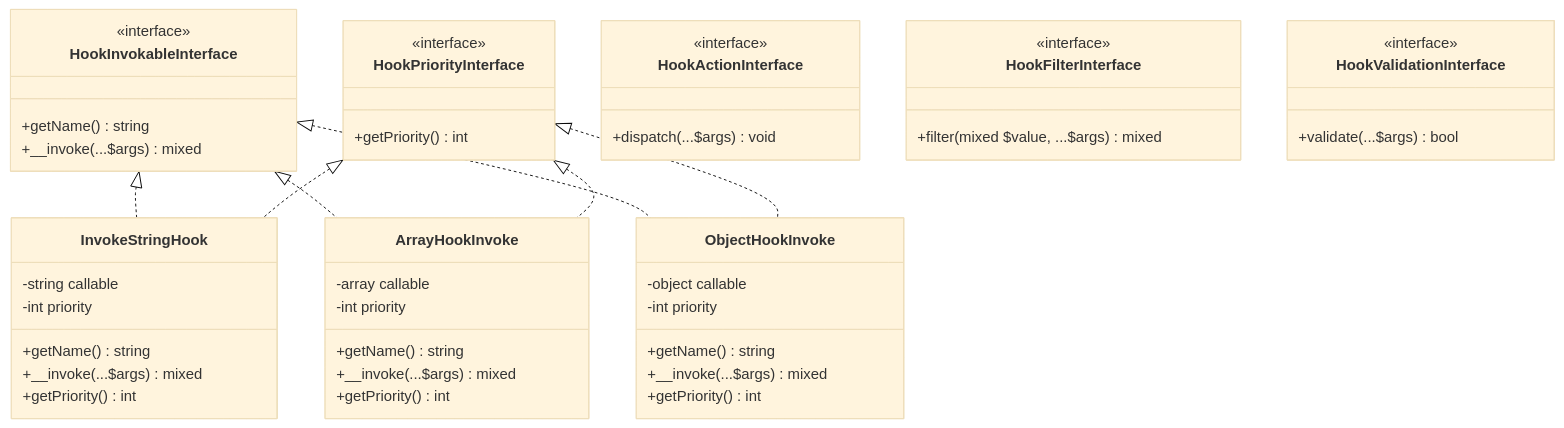
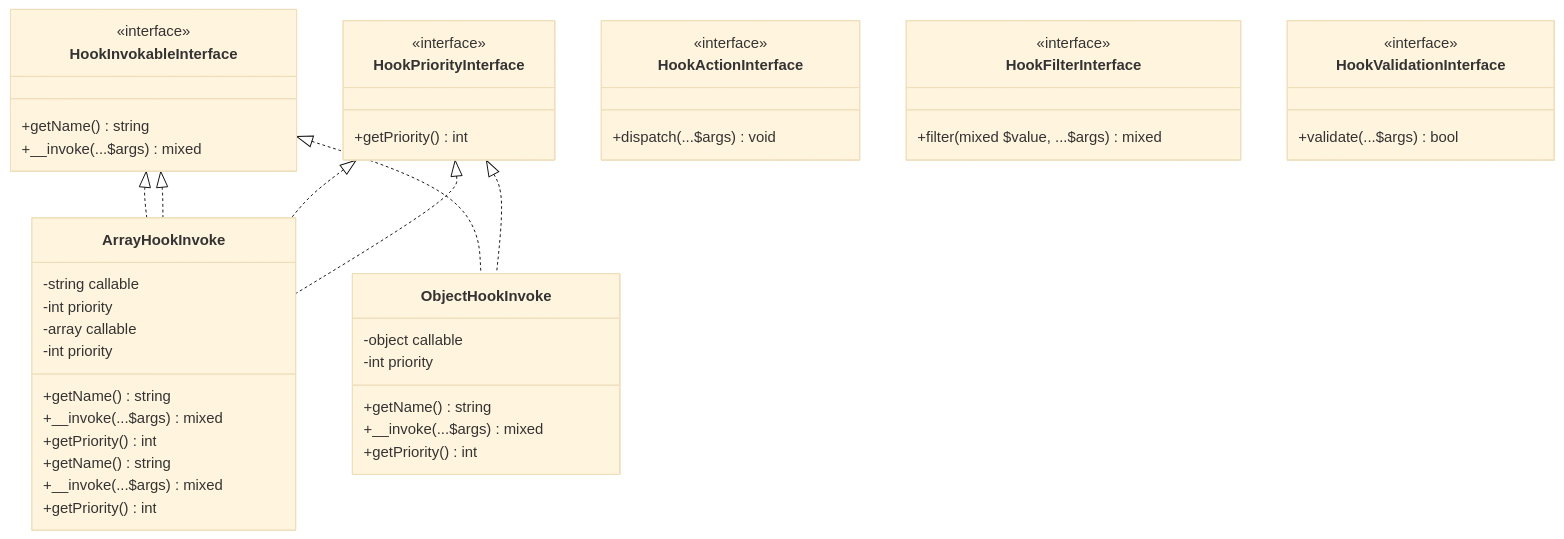
The second of 7 diagrams in docs/architecture.md (SpeedySpec/speedyspec-wp-hook-domain), drawn with Mermaid (base theme) before and after one commit. The commit also changed other lines of this file and 4 other files, not shown here.

````diff
--- a/docs/architecture.md
+++ b/docs/architecture.md
@@ -108,59 +108,59 @@
 ```mermaid
 classDiagram
     class HookInvokableInterface {
         <<interface>>
         +getName() string
         +__invoke(...$args) mixed
     }
 
     class HookPriorityInterface {
         <<interface>>
         +getPriority() int
     }
 
     class HookActionInterface {
         <<interface>>
         +dispatch(...$args) void
     }
 
     class HookFilterInterface {
         <<interface>>
         +filter(mixed $value, ...$args) mixed
     }
 
     class HookValidationInterface {
         <<interface>>
         +validate(...$args) bool
     }
 
-    class InvokeStringHook {
+    class ArrayHookInvoke {
         -string callable
         -int priority
         +getName() string
         +__invoke(...$args) mixed
         +getPriority() int
     }
 
     class ArrayHookInvoke {
         -array callable
         -int priority
         +getName() string
         +__invoke(...$args) mixed
         +getPriority() int
     }
 
     class ObjectHookInvoke {
         -object callable
         -int priority
         +getName() string
         +__invoke(...$args) mixed
         +getPriority() int
     }
 
-    HookInvokableInterface <|.. InvokeStringHook
+    HookInvokableInterface <|.. ArrayHookInvoke
     HookInvokableInterface <|.. ArrayHookInvoke
     HookInvokableInterface <|.. ObjectHookInvoke
-    HookPriorityInterface <|.. InvokeStringHook
+    HookPriorityInterface <|.. ArrayHookInvoke
     HookPriorityInterface <|.. ArrayHookInvoke
     HookPriorityInterface <|.. ObjectHookInvoke
 ```
````
